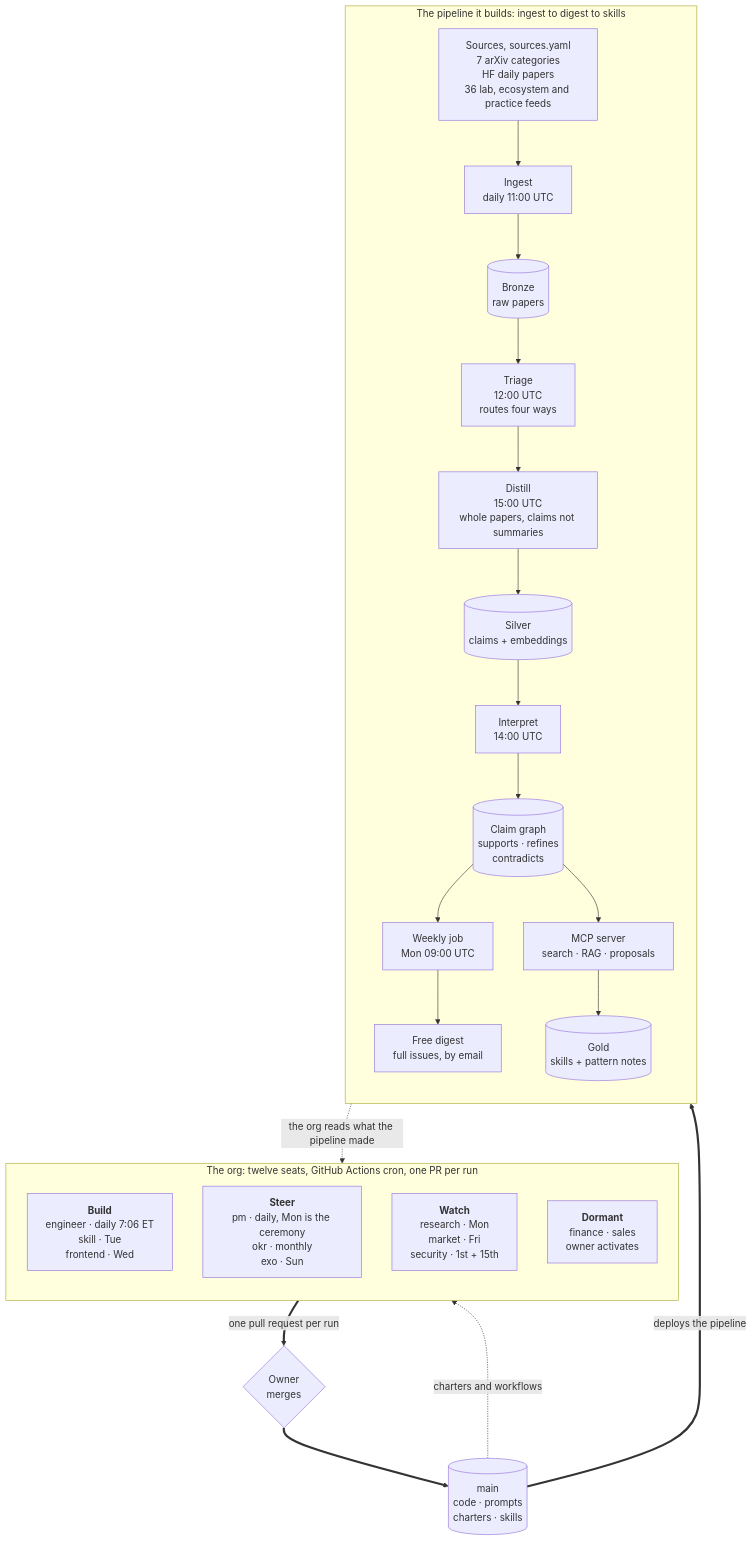
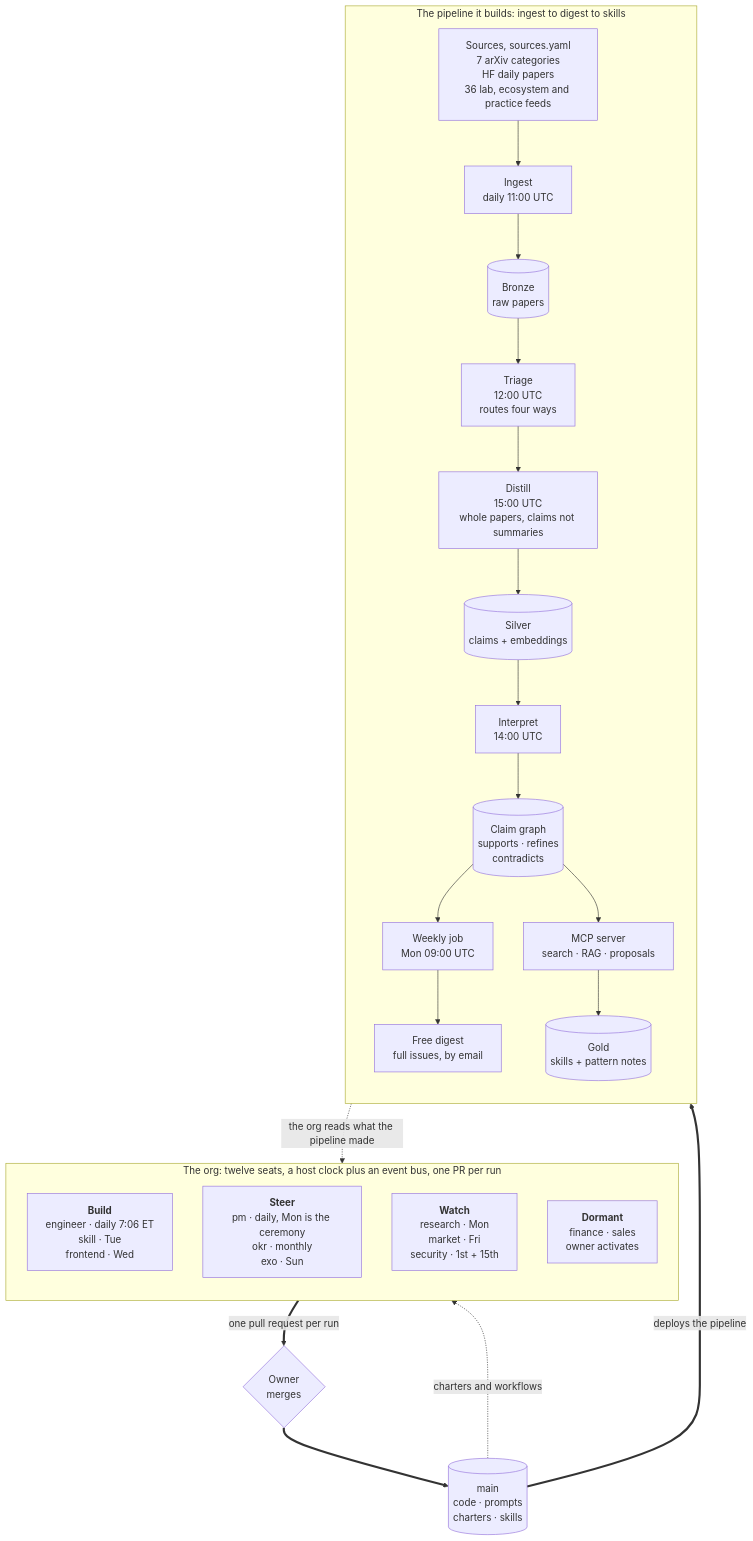
Before and after one commit to alexandrapaiz/alexandria: the first of 2 diagrams in README.md, drawn with Mermaid. The commit also changed other lines of this file and 13 other files, not shown here.

First line of the commit message:
The non-charter half of #455, split off main so it can merge without the owner

````diff
--- a/README.md
+++ b/README.md
@@ -57,36 +60,36 @@
 ```mermaid
 flowchart TB
-    subgraph ORG["The org: twelve seats, GitHub Actions cron, one PR per run"]
+    subgraph ORG["The org: twelve seats, a host clock plus an event bus, one PR per run"]
         direction TB
         BUILD["<b>Build</b><br/>engineer · daily 7:06 ET<br/>skill · Tue<br/>frontend · Wed"]
         STEER["<b>Steer</b><br/>pm · daily, Mon is the ceremony<br/>okr · monthly<br/>exo · Sun"]
         WATCH["<b>Watch</b><br/>research · Mon<br/>market · Fri<br/>security · 1st + 15th"]
         DORM["<b>Dormant</b><br/>finance · sales<br/>owner activates"]
     end
 
     subgraph PIPE["The pipeline it builds: ingest to digest to skills"]
         direction TB
         SRC["Sources, sources.yaml<br/>7 arXiv categories<br/>HF daily papers<br/>36 lab, ecosystem and practice feeds"]
         ING["Ingest<br/>daily 11:00 UTC"]
         BR[("Bronze<br/>raw papers")]
         TRI["Triage<br/>12:00 UTC<br/>routes four ways"]
         DIS["Distill<br/>15:00 UTC<br/>whole papers, claims not summaries"]
         SIL[("Silver<br/>claims + embeddings")]
         INT["Interpret<br/>14:00 UTC"]
         GR[("Claim graph<br/>supports · refines<br/>contradicts")]
         WK["Weekly job<br/>Mon 09:00 UTC"]
         DIGEST["Free digest<br/>full issues, by email"]
         MCP["MCP server<br/>search · RAG · proposals"]
         GOLD[("Gold<br/>skills + pattern notes")]
 
         SRC --> ING --> BR --> TRI --> DIS --> SIL --> INT --> GR
         GR --> WK --> DIGEST
         GR --> MCP --> GOLD
     end
 
     ORG ==>|"one pull request per run"| GATE{"Owner<br/>merges"}
     GATE ==> MAIN[("main<br/>code · prompts<br/>charters · skills")]
     MAIN ==>|"deploys the pipeline"| PIPE
     MAIN -.->|"charters and workflows"| ORG
     PIPE -.->|"the org reads what the pipeline made"| ORG
 ```
````
